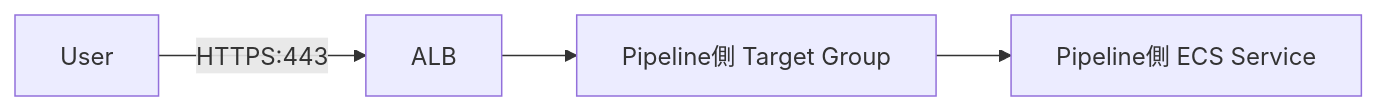
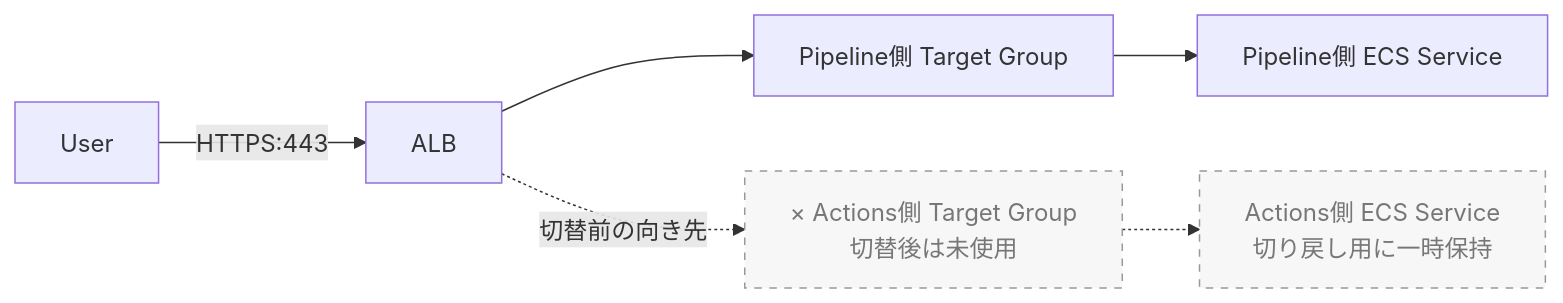
Before and after one commit to qp-git/engineer-portfolio: the third of 4 diagrams in projects/stt-ecs-cicd-migration/architecture.md, drawn with Mermaid. The commit also changed other lines of this file and 1 other file, not shown here.

Commit message:
docs: clarify ALB migration decision and smoke test role

````diff
--- a/projects/stt-ecs-cicd-migration/architecture.md
+++ b/projects/stt-ecs-cicd-migration/architecture.md
@@ -51,6 +51,13 @@
 ```mermaid
 flowchart LR
     User[User] -->|HTTPS:443| ALB[ALB]
+
     ALB --> PipelineTG[Pipeline側 Target Group]
     PipelineTG --> PipelineSvc[Pipeline側 ECS Service]
+
+    ALB -. 切替前の向き先 .-> OldActionsTG[× Actions側 Target Group<br>切替後は未使用]
+    OldActionsTG -.-> OldActionsSvc[Actions側 ECS Service<br>切り戻し用に一時保持]
+
+    classDef inactive fill:#f7f7f7,stroke:#999,stroke-dasharray: 5 5,color:#777;
+    class OldActionsTG,OldActionsSvc inactive;
 ```
````
